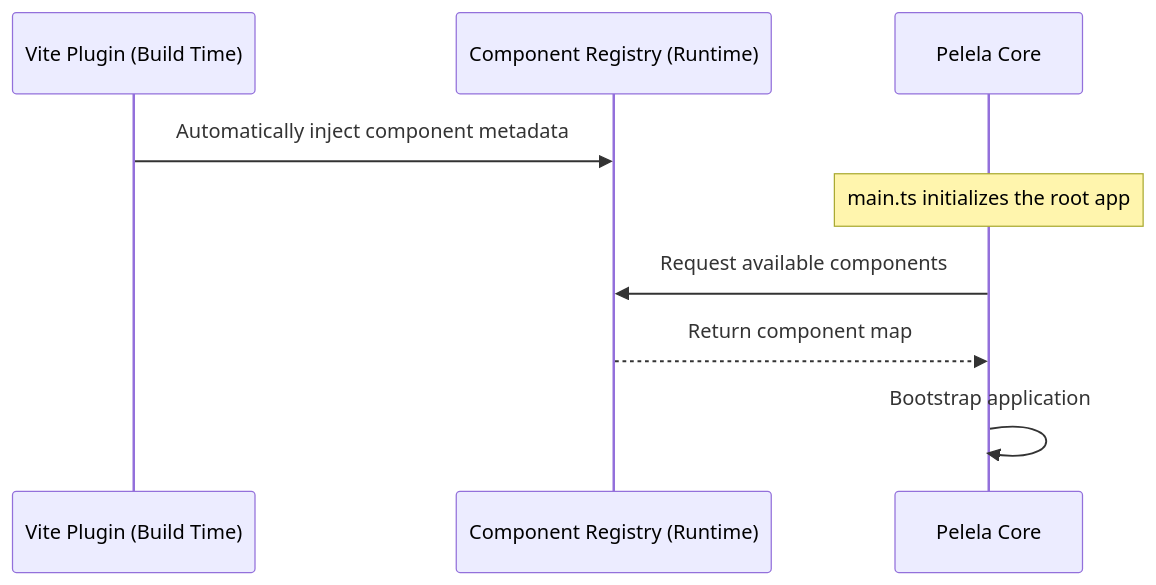
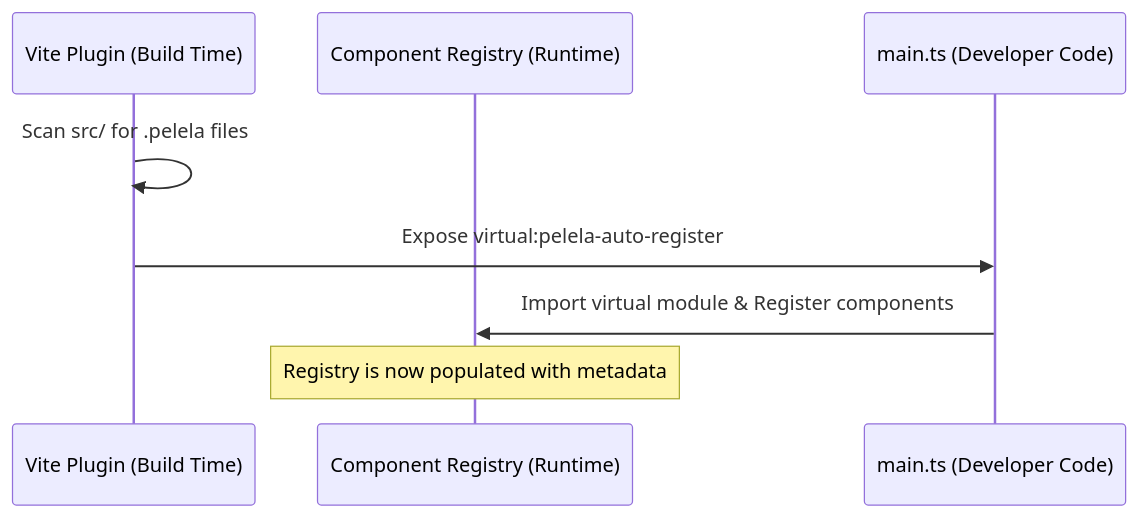
One commit to uqbar-project/pelelajs changed the second of 4 diagrams in docs/core/ARCHITECTURE.md. Above: the diagram before and after it, drawn with Mermaid. The commit also changed other lines of this file and 2 other files, not shown here.

````diff
--- a/docs/core/ARCHITECTURE.md
+++ b/docs/core/ARCHITECTURE.md
@@ -40,12 +44,11 @@
 ```mermaid
 sequenceDiagram
     participant Build as Vite Plugin (Build Time)
     participant Registry as Component Registry (Runtime)
-    participant Core as Pelela Core
+    participant Main as main.ts (Developer Code)
     
-    Build->>Registry: Automatically inject component metadata
-    Note over Core: main.ts initializes the root app
-    Core->>Registry: Request available components
-    Registry-->>Core: Return component map
-    Core->>Core: Bootstrap application
+    Build->>Build: Scan src/ for .pelela files
+    Build->>Main: Expose virtual:pelela-auto-register
+    Main->>Registry: Import virtual module & Register components
+    Note over Registry: Registry is now populated with metadata
 ```
````
